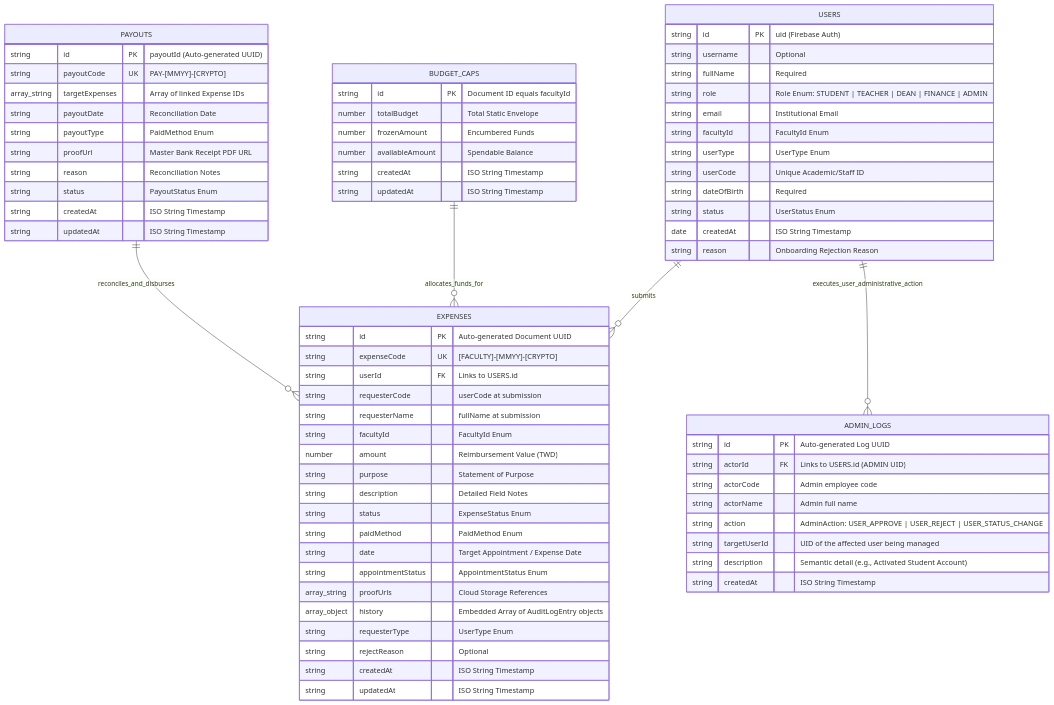
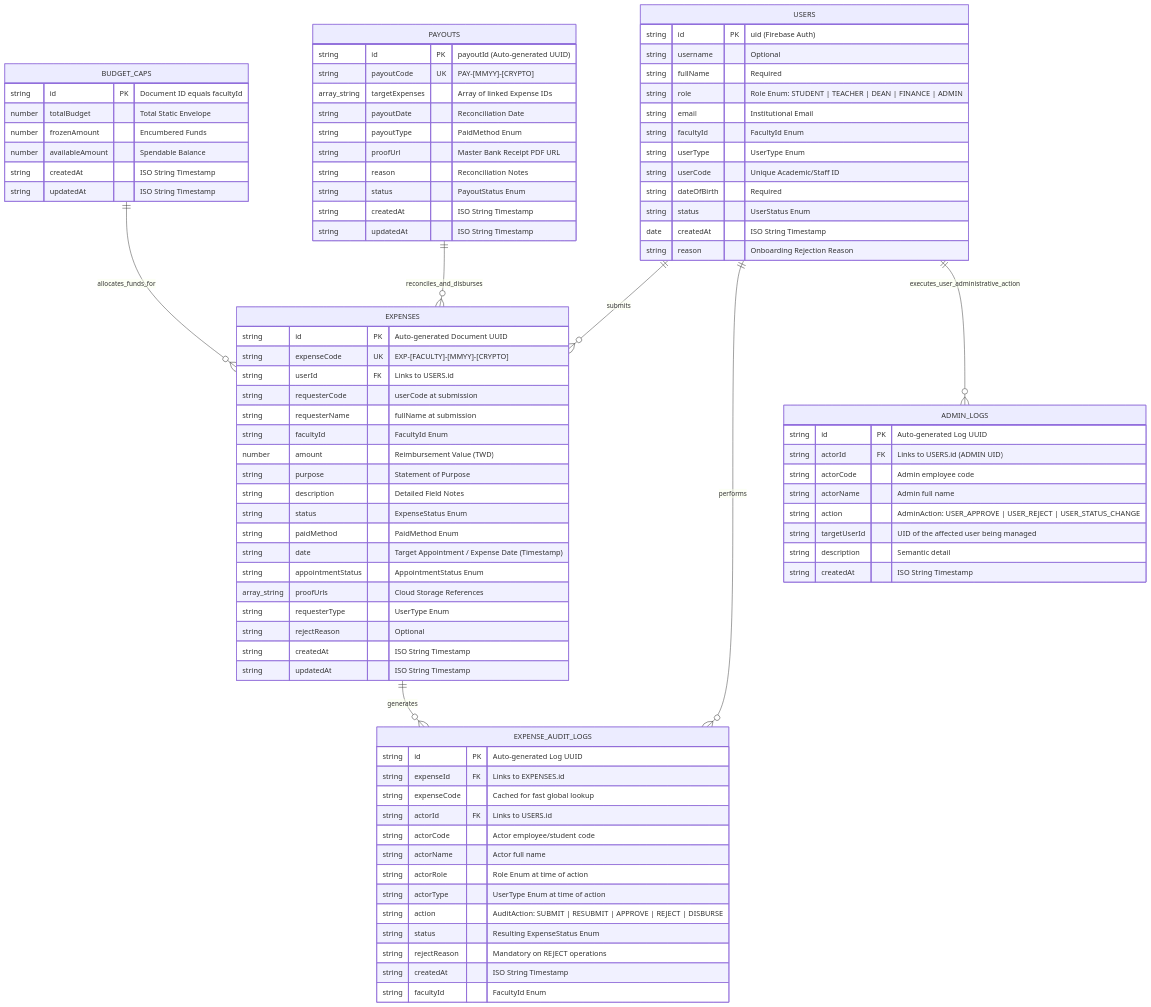
The fourth of 5 diagrams in ARCHITECTURE.md (hoangphivo97/school-expense-ecosystem), drawn with Mermaid before and after one commit.

Commit message:
Update expenseCode format and add audit log structure

```diff
--- a/ARCHITECTURE.md
+++ b/ARCHITECTURE.md
@@ -418,7 +418,7 @@
 
     EXPENSES {
         string id PK "Auto-generated Document UUID"
-        string expenseCode UK "[FACULTY]-[MMYY]-[CRYPTO]"
+        string expenseCode UK "EXP-[FACULTY]-[MMYY]-[CRYPTO]"
         string userId FK "Links to USERS.id"
         string requesterCode "userCode at submission"
         string requesterName "fullName at submission"
@@ -428,14 +428,29 @@
         string description "Detailed Field Notes"
         string status "ExpenseStatus Enum"
         string paidMethod "PaidMethod Enum"
-        string date "Target Appointment / Expense Date"
+        string date "Target Appointment / Expense Date (Timestamp)"
         string appointmentStatus "AppointmentStatus Enum"
         array_string proofUrls "Cloud Storage References"
-        array_object history "Embedded Array of AuditLogEntry objects"
         string requesterType "UserType Enum"
         string rejectReason "Optional"
         string createdAt "ISO String Timestamp"
         string updatedAt "ISO String Timestamp"
+    }
+
+    EXPENSE_AUDIT_LOGS {
+        string id PK "Auto-generated Log UUID"
+        string expenseId FK "Links to EXPENSES.id"
+        string expenseCode "Cached for fast global lookup"
+        string actorId FK "Links to USERS.id"
+        string actorCode "Actor employee/student code"
+        string actorName "Actor full name"
+        string actorRole "Role Enum at time of action"
+        string actorType "UserType Enum at time of action"
+        string action "AuditAction: SUBMIT | RESUBMIT | APPROVE | REJECT | DISBURSE"
+        string status "Resulting ExpenseStatus Enum"
+        string rejectReason "Mandatory on REJECT operations"
+        string createdAt "ISO String Timestamp"
+        string facultyId "FacultyId Enum"
     }
 
     PAYOUTS {
@@ -467,11 +482,13 @@
         string actorName "Admin full name"
         string action "AdminAction: USER_APPROVE | USER_REJECT | USER_STATUS_CHANGE"
         string targetUserId "UID of the affected user being managed"
-        string description "Semantic detail (e.g., Activated Student Account)"
+        string description "Semantic detail"
         string createdAt "ISO String Timestamp"
     }
 
     USERS ||--o{ EXPENSES : "submits"
+    EXPENSES ||--o{ EXPENSE_AUDIT_LOGS : "generates"
+    USERS ||--o{ EXPENSE_AUDIT_LOGS : "performs"
     BUDGET_CAPS ||--o{ EXPENSES : "allocates_funds_for"
     PAYOUTS ||--o{ EXPENSES : "reconciles_and_disburses"
     USERS ||--o{ ADMIN_LOGS : "executes_user_administrative_action"
```
